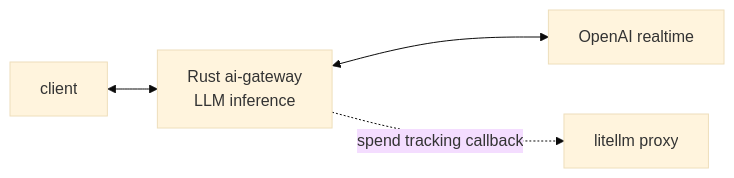
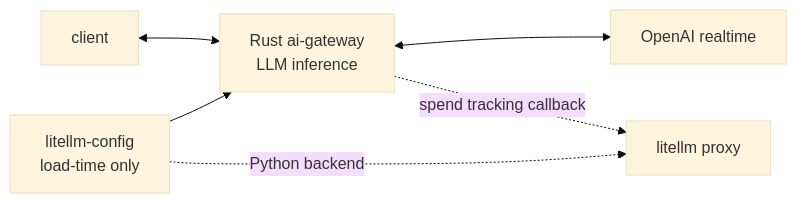
One commit to BerriAI/litellm changed the diagram in litellm-rust/crates/ai-gateway/ARCHITECTURE.md. Above: the diagram before and after it, drawn with Mermaid (base theme). The commit also changed 20 other files, not shown here.

````diff
--- a/litellm-rust/crates/ai-gateway/ARCHITECTURE.md
+++ b/litellm-rust/crates/ai-gateway/ARCHITECTURE.md
@@ -7,6 +7,8 @@
 ```mermaid
 flowchart LR
   C[client] <--> G[Rust ai-gateway<br/>LLM inference]
   G <--> O[OpenAI realtime]
   G -. spend tracking callback .-> P[litellm proxy]
+  F[litellm-config<br/>load-time only] --> G
+  F -. Python backend .-> P
 ```
````
